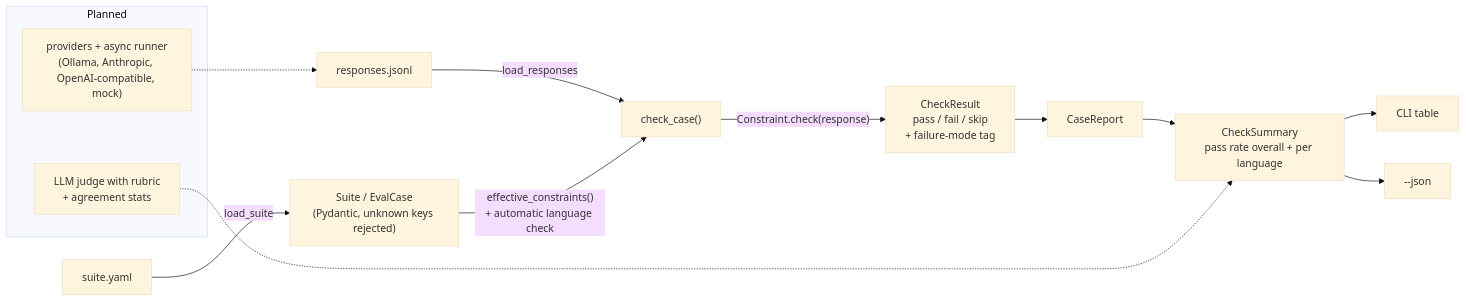
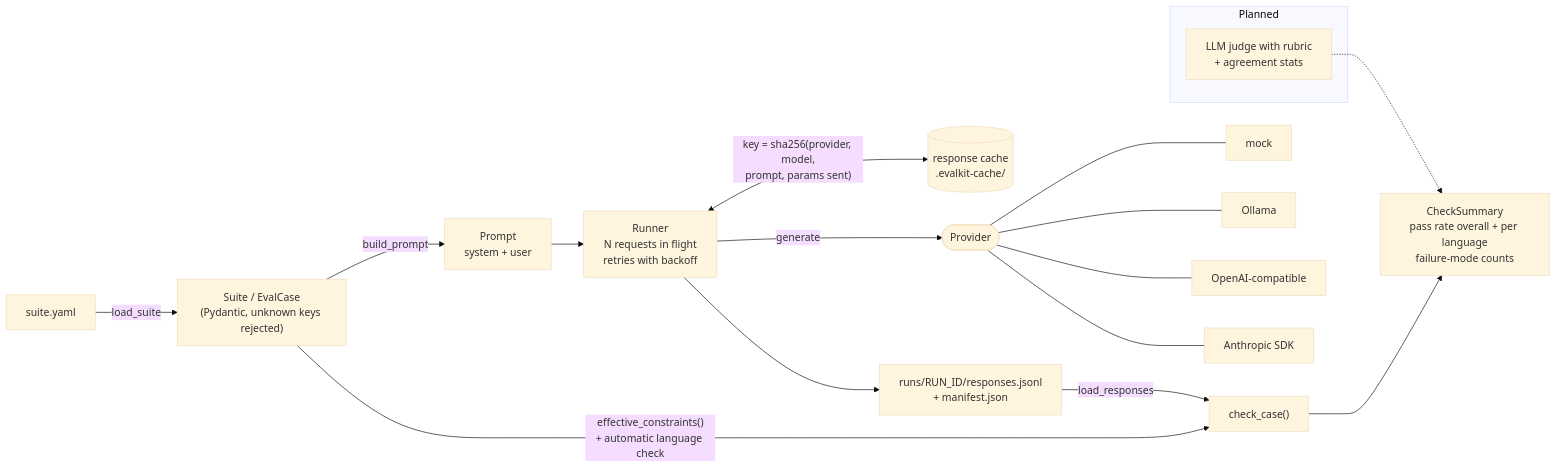
One commit to Julminus/llm-evalkit changed the diagram in README.md. Above: the diagram before and after it, drawn with Mermaid (base theme). The commit also changed other lines of this file and 3 other files, not shown here.

First line of the commit message:
docs: document providers, the runner and measured results

````diff
--- a/README.md
+++ b/README.md
@@ -47,16 +101,17 @@
 ```mermaid
 flowchart LR
     Y["suite.yaml"] -->|load_suite| S["Suite / EvalCase<br/>(Pydantic, unknown keys rejected)"]
-    R["responses.jsonl"] -->|load_responses| E
-    S -->|"effective_constraints()<br/>+ automatic language check"| E["check_case()"]
-    E -->|"Constraint.check(response)"| C["CheckResult<br/>pass / fail / skip<br/>+ failure-mode tag"]
-    C --> CR["CaseReport"] --> CS["CheckSummary<br/>pass rate overall + per language"]
-    CS --> T["CLI table"]
-    CS --> J["--json"]
+    S -->|build_prompt| P["Prompt<br/>system + user"]
+    P --> RN["Runner<br/>N requests in flight<br/>retries with backoff"]
+    RN <-->|"key = sha256(provider, model,<br/>prompt, params sent)"| CA[("response cache<br/>.evalkit-cache/")]
+    RN -->|generate| PR(["Provider"])
+    PR --- M["mock"] & O["Ollama"] & OA["OpenAI-compatible"] & AN["Anthropic SDK"]
+    RN --> L["runs/RUN_ID/responses.jsonl<br/>+ manifest.json"]
+    L -->|load_responses| E["check_case()"]
+    S -->|"effective_constraints()<br/>+ automatic language check"| E
+    E --> CS["CheckSummary<br/>pass rate overall + per language<br/>failure-mode counts"]
     subgraph planned["Planned"]
-        P["providers + async runner<br/>(Ollama, Anthropic, OpenAI-compatible, mock)"]
         JU["LLM judge with rubric<br/>+ agreement stats"]
     end
-    P -.-> R
     JU -.-> CS
 ```
````
